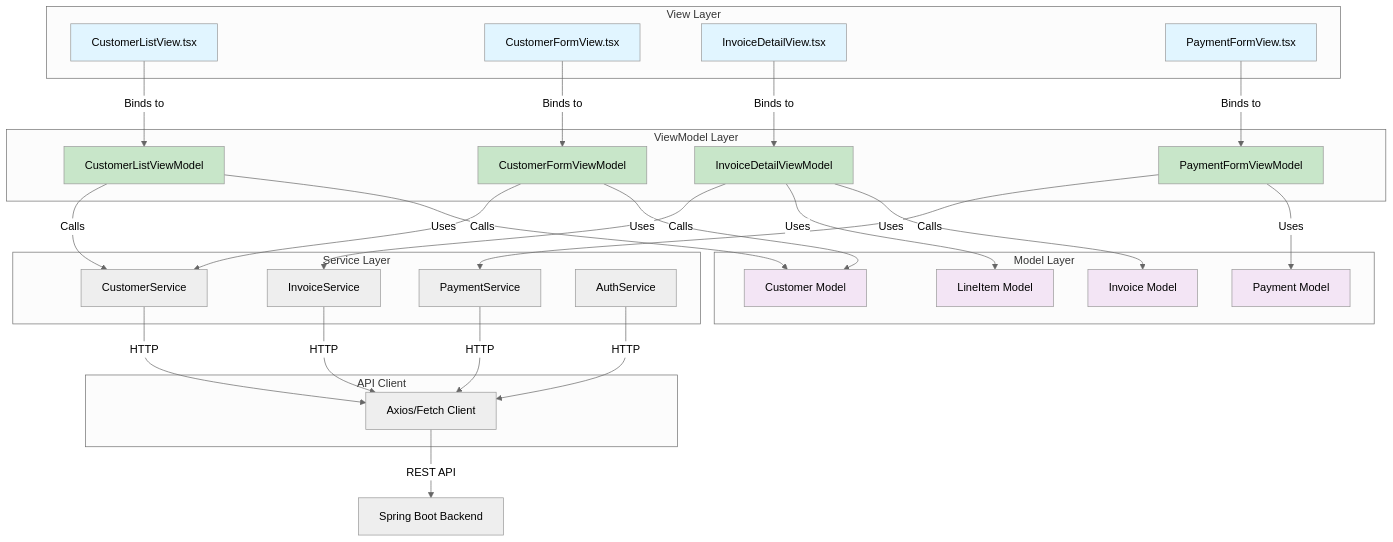
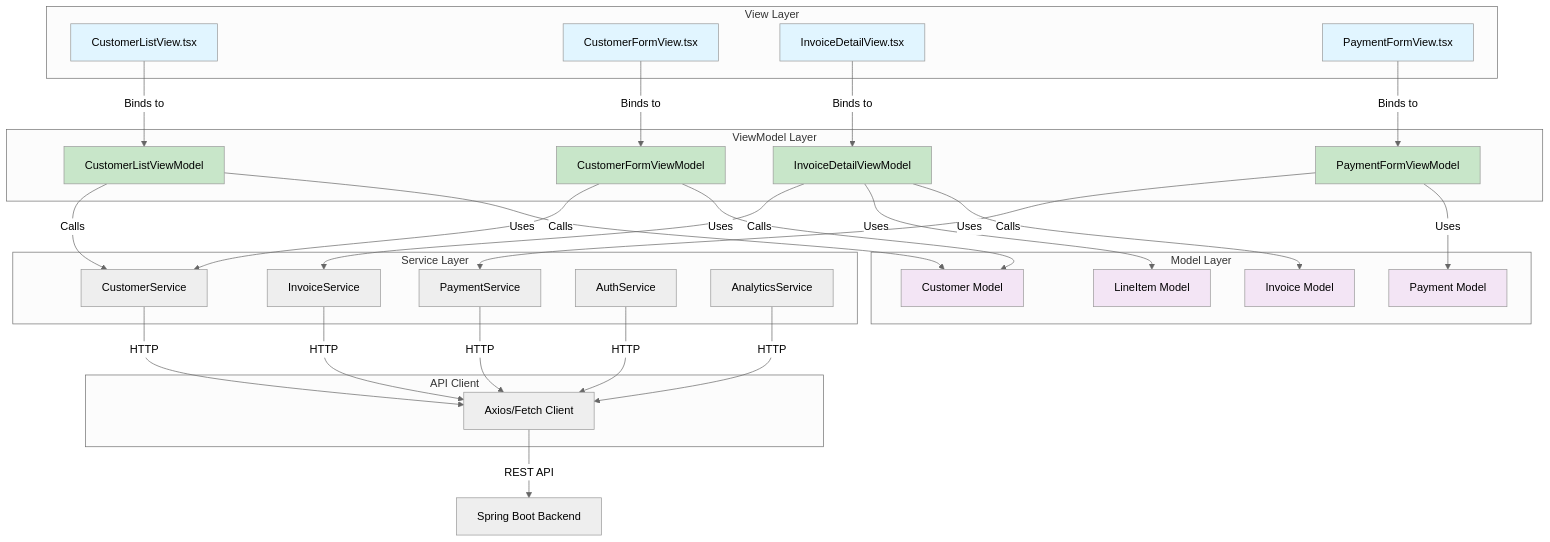
Diagram 15 of 24 in architecture.md (Rhoahndur/Osgiliath), drawn with Mermaid (neutral theme) before and after one commit. The commit also changed other lines of this file and 131 other files, not shown here.

````diff
--- a/architecture.md
+++ b/architecture.md
@@ -714,65 +743,66 @@
 ```mermaid
 graph TB
     subgraph "View Layer"
         V1[CustomerListView.tsx]
         V2[CustomerFormView.tsx]
         V3[InvoiceDetailView.tsx]
         V4[PaymentFormView.tsx]
     end
     
     subgraph "ViewModel Layer"
         VM1[CustomerListViewModel]
         VM2[CustomerFormViewModel]
         VM3[InvoiceDetailViewModel]
         VM4[PaymentFormViewModel]
     end
     
     subgraph "Model Layer"
         M1[Customer Model]
         M2[Invoice Model]
         M3[Payment Model]
         M4[LineItem Model]
     end
     
     subgraph "Service Layer"
         S1[CustomerService]
         S2[InvoiceService]
         S3[PaymentService]
         S4[AuthService]
+        S5[AnalyticsService]
     end
     
     subgraph "API Client"
         API[Axios/Fetch Client]
     end
     
     V1 -->|Binds to| VM1
     V2 -->|Binds to| VM2
     V3 -->|Binds to| VM3
     V4 -->|Binds to| VM4
     
     VM1 -->|Uses| M1
     VM2 -->|Uses| M1
     VM3 -->|Uses| M2 & M4
     VM4 -->|Uses| M3
     
     VM1 & VM2 -->|Calls| S1
     VM3 -->|Calls| S2
     VM4 -->|Calls| S3
     
-    S1 & S2 & S3 & S4 -->|HTTP| API
+    S1 & S2 & S3 & S4 & S5 -->|HTTP| API
     
     API -->|REST API| BACKEND[Spring Boot Backend]
     
     style V1 fill:#e1f5ff
     style V2 fill:#e1f5ff
     style V3 fill:#e1f5ff
     style V4 fill:#e1f5ff
     style VM1 fill:#c8e6c9
     style VM2 fill:#c8e6c9
     style VM3 fill:#c8e6c9
     style VM4 fill:#c8e6c9
     style M1 fill:#f3e5f5
     style M2 fill:#f3e5f5
     style M3 fill:#f3e5f5
     style M4 fill:#f3e5f5
 ```
````
